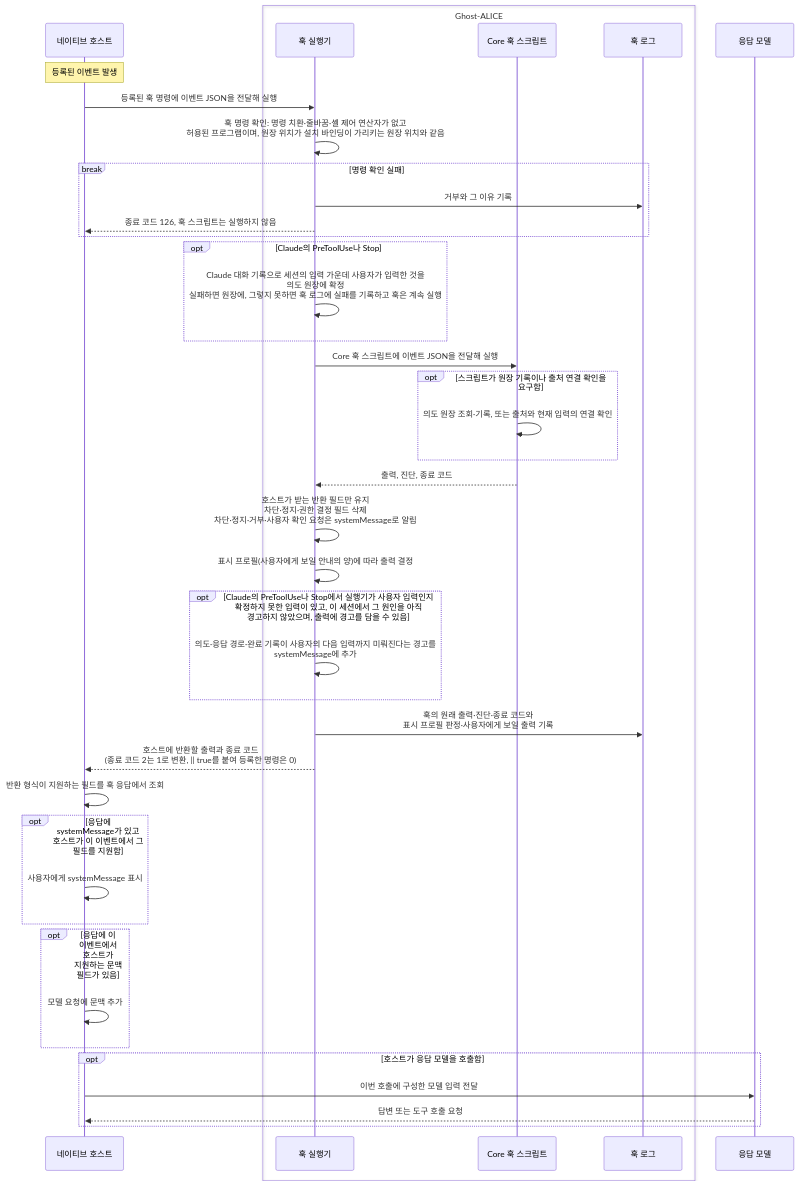
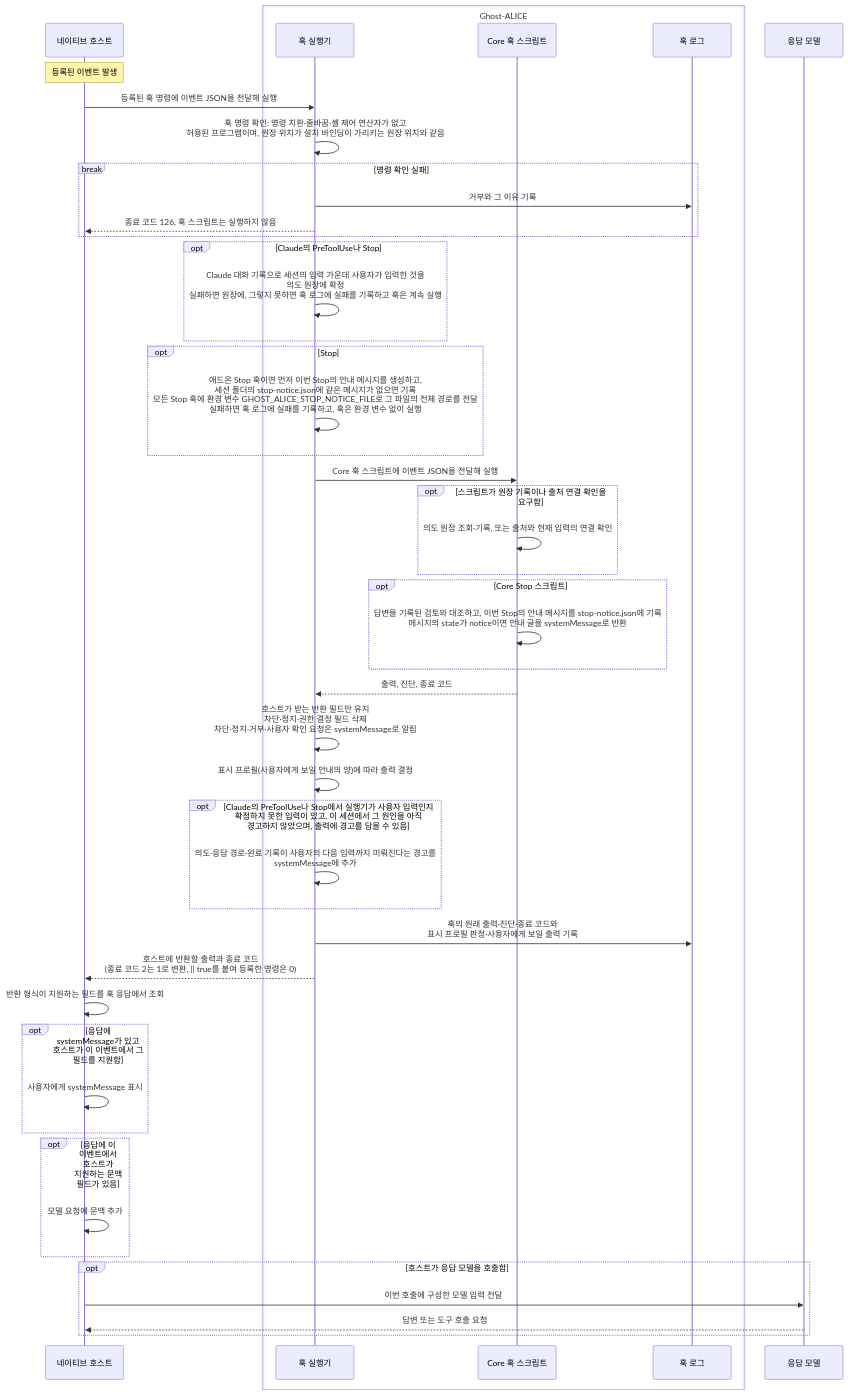
Before and after one commit to AidALL/ghost-alice: the third of 7 diagrams in architecture_ko.md, drawn with Mermaid. The commit also changed other lines of this file and 30 other files, not shown here.

````diff
--- a/architecture_ko.md
+++ b/architecture_ko.md
@@ -77,44 +82,50 @@
 ```mermaid
 sequenceDiagram
   participant H as 네이티브 호스트
   box Ghost-ALICE
     participant R as 훅 실행기
     participant C as Core 훅 스크립트
     participant L as 훅 로그
   end
   participant M as 응답 모델
 
   Note over H: 등록된 이벤트 발생
   H->>R: 등록된 훅 명령에 이벤트 JSON을 전달해 실행
   R->>R: 훅 명령 확인: 명령 치환·줄바꿈·셸 제어 연산자가 없고<br/>허용된 프로그램이며, 원장 위치가 설치 바인딩이 가리키는 원장 위치와 같음
   break 명령 확인 실패
     R->>L: 거부와 그 이유 기록
     R-->>H: 종료 코드 126, 훅 스크립트는 실행하지 않음
   end
   opt Claude의 PreToolUse나 Stop
     R->>R: Claude 대화 기록으로 세션의 입력 가운데 사용자가 입력한 것을<br/>의도 원장에 확정<br/>실패하면 원장에, 그렇지 못하면 훅 로그에 실패를 기록하고 훅은 계속 실행
   end
+  opt Stop
+    R->>R: 애드온 Stop 훅이면 먼저 이번 Stop의 안내 메시지를 생성하고,<br/>세션 폴더의 stop-notice.json에 같은 메시지가 없으면 기록<br/>모든 Stop 훅에 환경 변수 GHOST_ALICE_STOP_NOTICE_FILE로 그 파일의 전체 경로를 전달<br/>실패하면 훅 로그에 실패를 기록하고, 훅은 환경 변수 없이 실행
+  end
   R->>C: Core 훅 스크립트에 이벤트 JSON을 전달해 실행
   opt 스크립트가 원장 기록이나 출처 연결 확인을 요구함
     C->>C: 의도 원장 조회·기록, 또는 출처와 현재 입력의 연결 확인
+  end
+  opt Core Stop 스크립트
+    C->>C: 답변을 기록된 검토와 대조하고, 이번 Stop의 안내 메시지를 stop-notice.json에 기록<br/>메시지의 state가 notice이면 안내 글을 systemMessage로 반환
   end
   C-->>R: 출력, 진단, 종료 코드
   R->>R: 호스트가 받는 반환 필드만 유지<br/>차단·정지·권한 결정 필드 삭제<br/>차단·정지·거부·사용자 확인 요청은 systemMessage로 알림
   R->>R: 표시 프로필(사용자에게 보일 안내의 양)에 따라 출력 결정
   opt Claude의 PreToolUse나 Stop에서 실행기가 사용자 입력인지 확정하지 못한 입력이 있고, 이 세션에서 그 원인을 아직 경고하지 않았으며, 출력에 경고를 담을 수 있음
     R->>R: 의도·응답 경로·완료 기록이 사용자의 다음 입력까지 미뤄진다는 경고를<br/>systemMessage에 추가
   end
   R->>L: 훅의 원래 출력·진단·종료 코드와<br/>표시 프로필 판정·사용자에게 보일 출력 기록
   R-->>H: 호스트에 반환할 출력과 종료 코드<br/>(종료 코드 2는 1로 변환, || true를 붙여 등록한 명령은 0)
   H->>H: 반환 형식이 지원하는 필드를 훅 응답에서 조회
   opt 응답에 systemMessage가 있고 호스트가 이 이벤트에서 그 필드를 지원함
     H->>H: 사용자에게 systemMessage 표시
   end
   opt 응답에 이 이벤트에서 호스트가 지원하는 문맥 필드가 있음
     H->>H: 모델 요청에 문맥 추가
   end
   opt 호스트가 응답 모델을 호출함
     H->>M: 이번 호출에 구성한 모델 입력 전달
     M-->>H: 답변 또는 도구 호출 요청
   end
 ```
````
